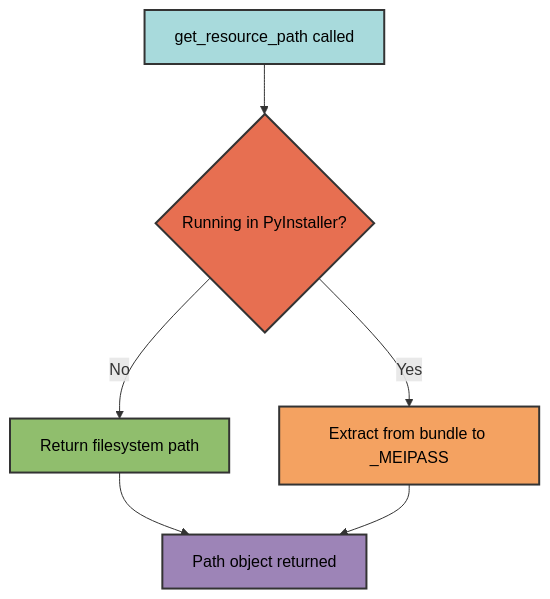
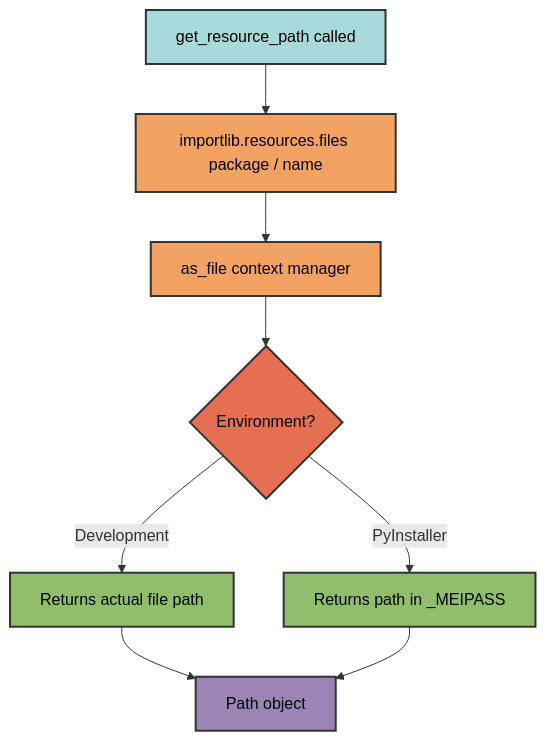
One commit to Winipedia/pyrig changed the first of 2 diagrams in docs/resources/resources.md. Above: the diagram before and after it, drawn with Mermaid. The commit also changed other lines of this file and 45 other files, not shown here.

````diff
--- a/docs/resources/resources.md
+++ b/docs/resources/resources.md
@@ -45,14 +49,18 @@
 ```mermaid
 graph TD
-    A[get_resource_path called] --> B{Running in PyInstaller?}
-    B -->|No| C[Return filesystem path]
-    B -->|Yes| D[Extract from bundle to _MEIPASS]
-    C --> E[Path object returned]
-    D --> E
-    
+    A[get_resource_path called] --> B[importlib.resources.files package / name]
+    B --> C[as_file context manager]
+    C --> D{Environment?}
+    D -->|Development| E[Returns actual file path]
+    D -->|PyInstaller| F[Returns path in _MEIPASS]
+    E --> G[Path object]
+    F --> G
+
     style A fill:#a8dadc,stroke:#333,stroke-width:2px,color:#000
-    style B fill:#e76f51,stroke:#333,stroke-width:2px,color:#000
-    style C fill:#90be6d,stroke:#333,stroke-width:2px,color:#000
-    style D fill:#f4a261,stroke:#333,stroke-width:2px,color:#000
-    style E fill:#9d84b7,stroke:#333,stroke-width:2px,color:#000
+    style B fill:#f4a261,stroke:#333,stroke-width:2px,color:#000
+    style C fill:#f4a261,stroke:#333,stroke-width:2px,color:#000
+    style D fill:#e76f51,stroke:#333,stroke-width:2px,color:#000
+    style E fill:#90be6d,stroke:#333,stroke-width:2px,color:#000
+    style F fill:#90be6d,stroke:#333,stroke-width:2px,color:#000
+    style G fill:#9d84b7,stroke:#333,stroke-width:2px,color:#000
 ```
````
